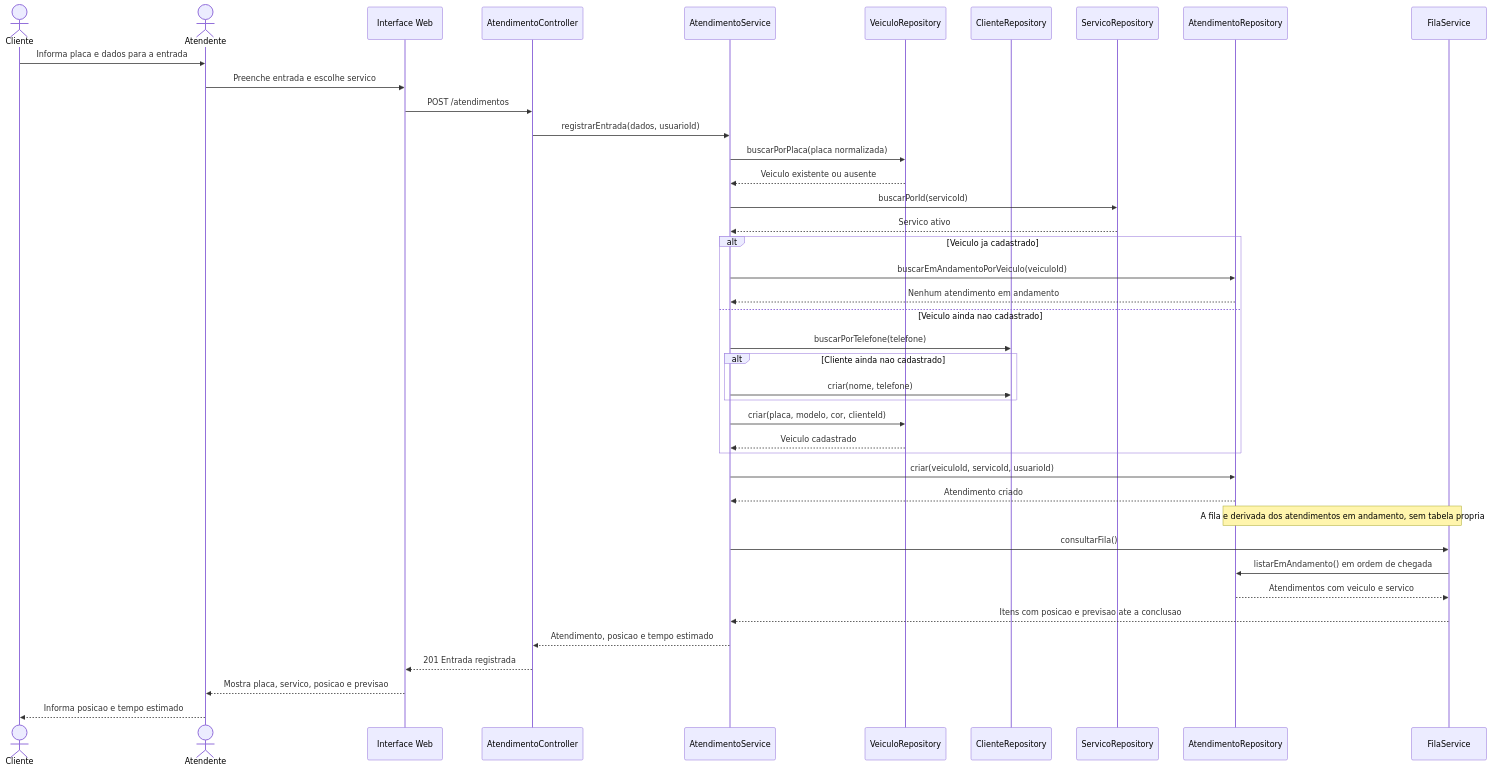
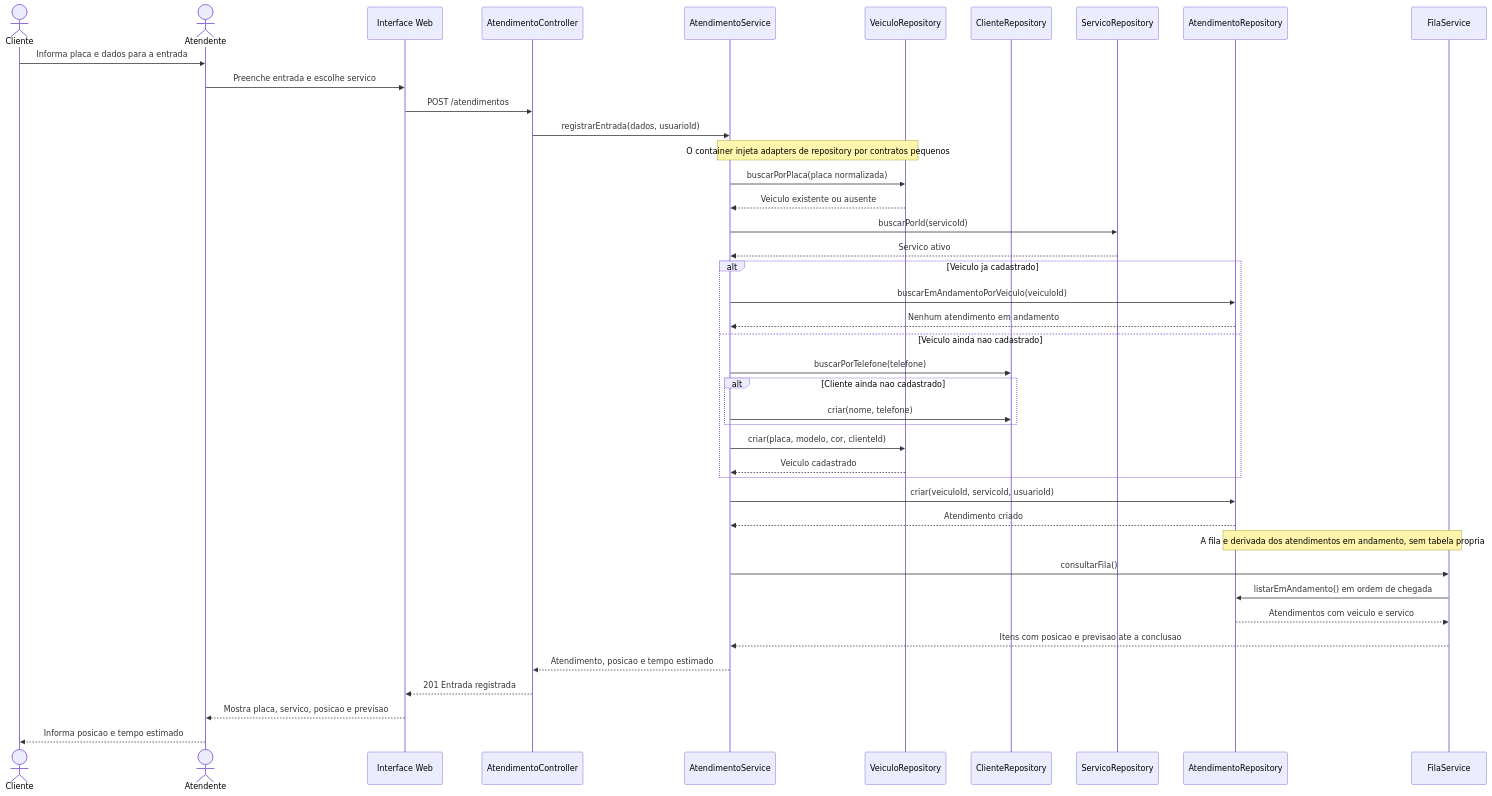
One commit to Ruan-dev-back/WashFlow-SOLID changed the diagram in docs/diagrama-sequencia.mmd. Above: the diagram before and after it, drawn with Mermaid. The commit also changed 6 other files, not shown here.

```diff
--- a/docs/diagrama-sequencia.mmd
+++ b/docs/diagrama-sequencia.mmd
@@ -1,42 +1,43 @@
 sequenceDiagram
     actor Cliente
     actor Atendente
     participant UI as Interface Web
     participant API as AtendimentoController
     participant Entrada as AtendimentoService
     participant Veiculos as VeiculoRepository
     participant Clientes as ClienteRepository
     participant Servicos as ServicoRepository
     participant Atendimentos as AtendimentoRepository
     participant Fila as FilaService
 
     Cliente->>Atendente: Informa placa e dados para a entrada
     Atendente->>UI: Preenche entrada e escolhe servico
     UI->>API: POST /atendimentos
     API->>Entrada: registrarEntrada(dados, usuarioId)
+    Note over Entrada,Veiculos: O container injeta adapters de repository por contratos pequenos
     Entrada->>Veiculos: buscarPorPlaca(placa normalizada)
     Veiculos-->>Entrada: Veiculo existente ou ausente
     Entrada->>Servicos: buscarPorId(servicoId)
     Servicos-->>Entrada: Servico ativo
     alt Veiculo ja cadastrado
         Entrada->>Atendimentos: buscarEmAndamentoPorVeiculo(veiculoId)
         Atendimentos-->>Entrada: Nenhum atendimento em andamento
     else Veiculo ainda nao cadastrado
         Entrada->>Clientes: buscarPorTelefone(telefone)
         alt Cliente ainda nao cadastrado
             Entrada->>Clientes: criar(nome, telefone)
         end
         Entrada->>Veiculos: criar(placa, modelo, cor, clienteId)
         Veiculos-->>Entrada: Veiculo cadastrado
     end
     Entrada->>Atendimentos: criar(veiculoId, servicoId, usuarioId)
     Atendimentos-->>Entrada: Atendimento criado
     Note over Atendimentos,Fila: A fila e derivada dos atendimentos em andamento, sem tabela propria
     Entrada->>Fila: consultarFila()
     Fila->>Atendimentos: listarEmAndamento() em ordem de chegada
     Atendimentos-->>Fila: Atendimentos com veiculo e servico
     Fila-->>Entrada: Itens com posicao e previsao ate a conclusao
     Entrada-->>API: Atendimento, posicao e tempo estimado
     API-->>UI: 201 Entrada registrada
     UI-->>Atendente: Mostra placa, servico, posicao e previsao
     Atendente-->>Cliente: Informa posicao e tempo estimado
```
